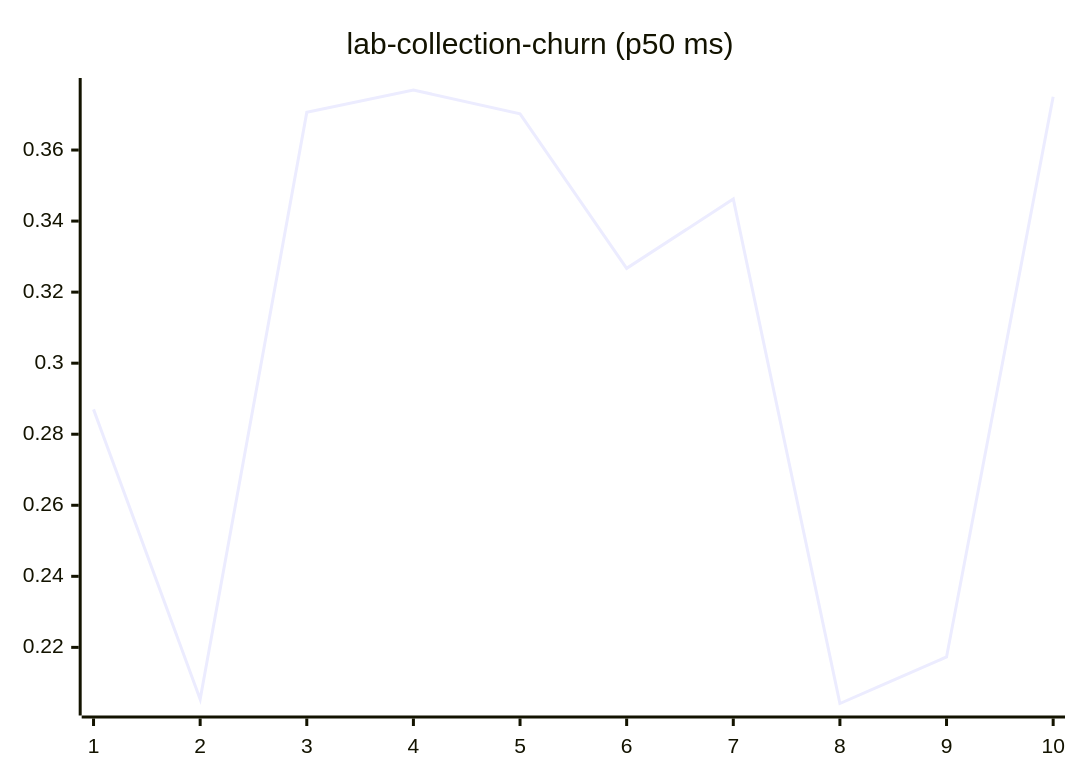
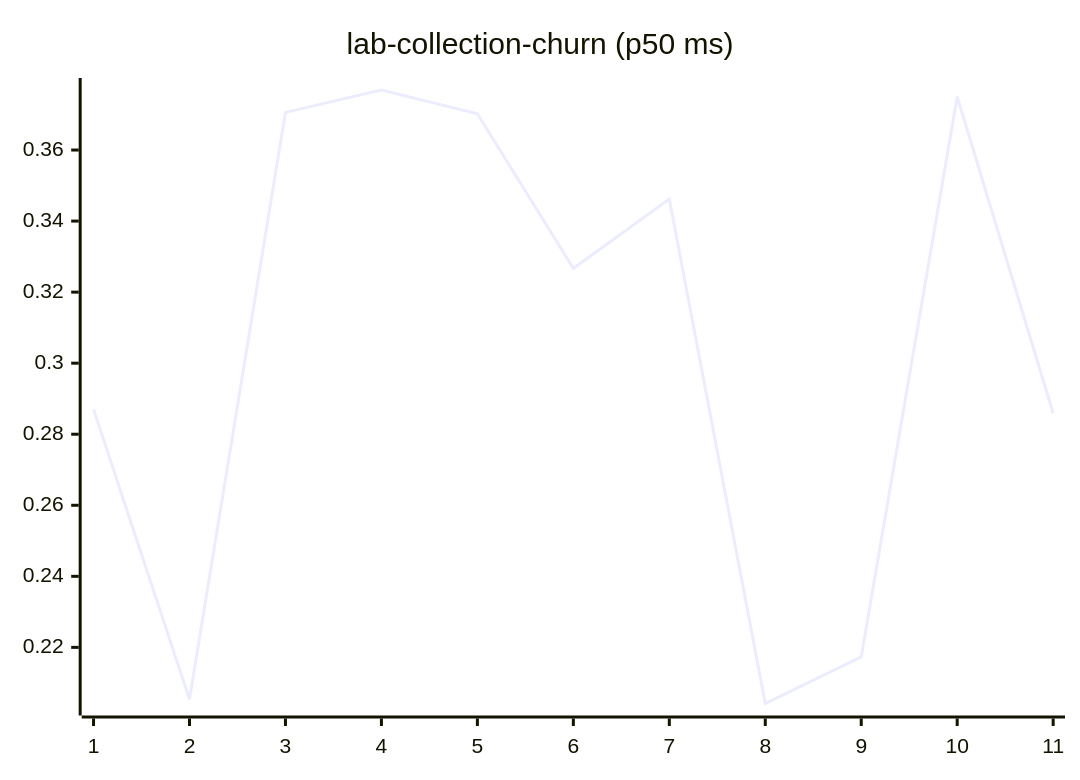
Before and after one commit to josha/Facet: diagram 11 of 27 in README.md, drawn with Mermaid. The commit also changed other lines of this file and 2 other files, not shown here.

````diff
--- a/README.md
+++ b/README.md
@@ -133,6 +133,6 @@
 ```mermaid
 xychart-beta
     title "lab-collection-churn (p50 ms)"
-    x-axis 1 --> 10
-    line [0.2870, 0.2054, 0.3706, 0.3769, 0.3702, 0.3267, 0.3462, 0.2042, 0.2173, 0.3750]
+    x-axis 1 --> 11
+    line [0.2870, 0.2054, 0.3706, 0.3769, 0.3702, 0.3267, 0.3462, 0.2042, 0.2173, 0.3750, 0.2859]
 ```
````
